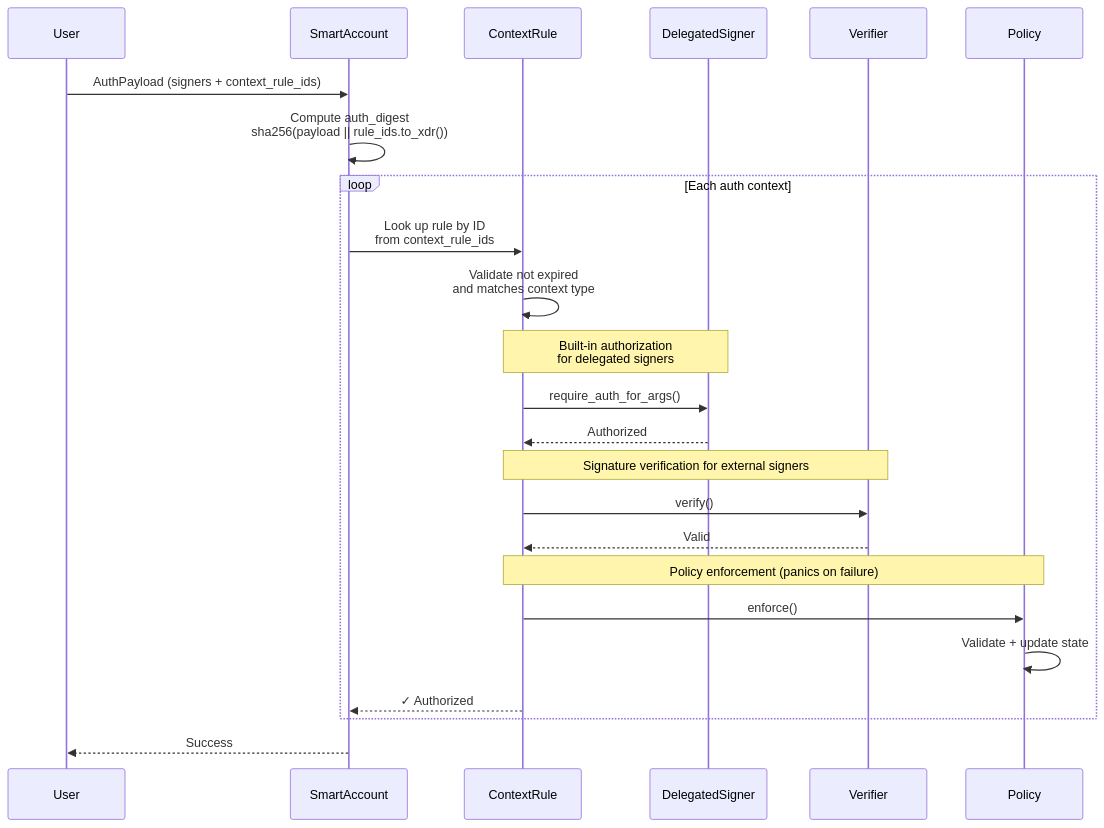
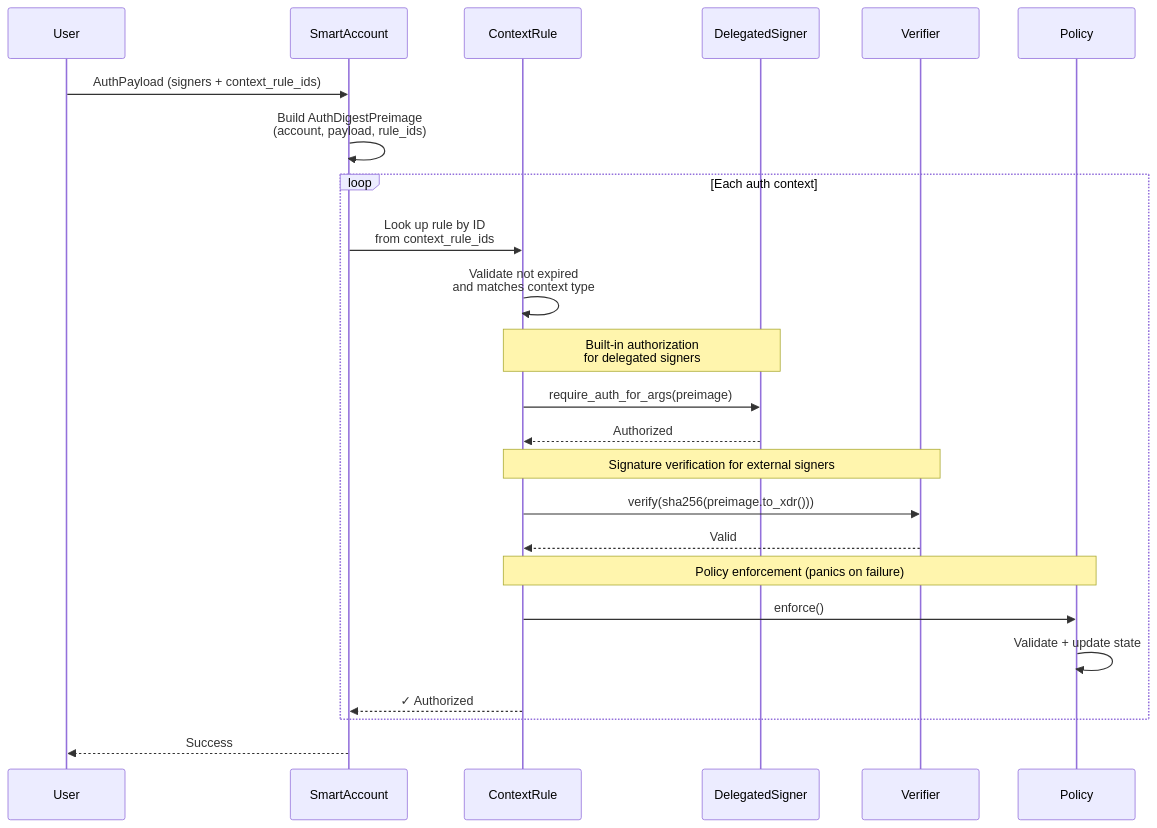
One commit to OpenZeppelin/docs changed the diagram in content/stellar-contracts/accounts/authorization-flow.mdx. Above: the diagram before and after it, drawn with Mermaid. The commit also changed other lines of this file and 4 other files, not shown here.

````diff
--- a/content/stellar-contracts/accounts/authorization-flow.mdx
+++ b/content/stellar-contracts/accounts/authorization-flow.mdx
@@ -28,33 +49,33 @@
 ```mermaid
 sequenceDiagram
     participant User
     participant SmartAccount
     participant ContextRule
     participant DelegatedSigner
     participant Verifier
     participant Policy
 
     User->>SmartAccount: AuthPayload (signers + context_rule_ids)
-    SmartAccount->>SmartAccount: Compute auth_digest<br/>sha256(payload || rule_ids.to_xdr())
+    SmartAccount->>SmartAccount: Build AuthDigestPreimage<br/>(account, payload, rule_ids)
 
     loop Each auth context
         SmartAccount->>ContextRule: Look up rule by ID<br/>from context_rule_ids
         ContextRule->>ContextRule: Validate not expired<br/>and matches context type
 
         Note over ContextRule,DelegatedSigner: Built-in authorization <br/>for delegated signers
-        ContextRule->>DelegatedSigner: require_auth_for_args()
+        ContextRule->>DelegatedSigner: require_auth_for_args(preimage)
         DelegatedSigner-->>ContextRule: Authorized
 
         Note over ContextRule,Verifier: Signature verification for external signers
-        ContextRule->>Verifier: verify()
+        ContextRule->>Verifier: verify(sha256(preimage.to_xdr()))
         Verifier-->>ContextRule: Valid
 
         Note over ContextRule,Policy: Policy enforcement (panics on failure)
         ContextRule->>Policy: enforce()
         Policy->>Policy: Validate + update state
 
         ContextRule-->>SmartAccount: ✓ Authorized
     end
 
     SmartAccount-->>User: Success
 ```
````
